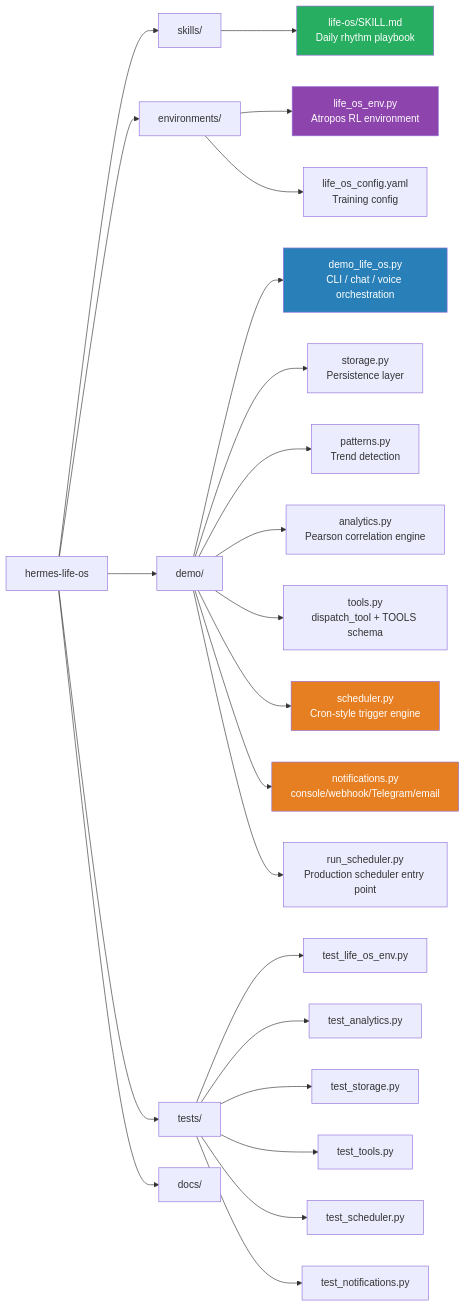
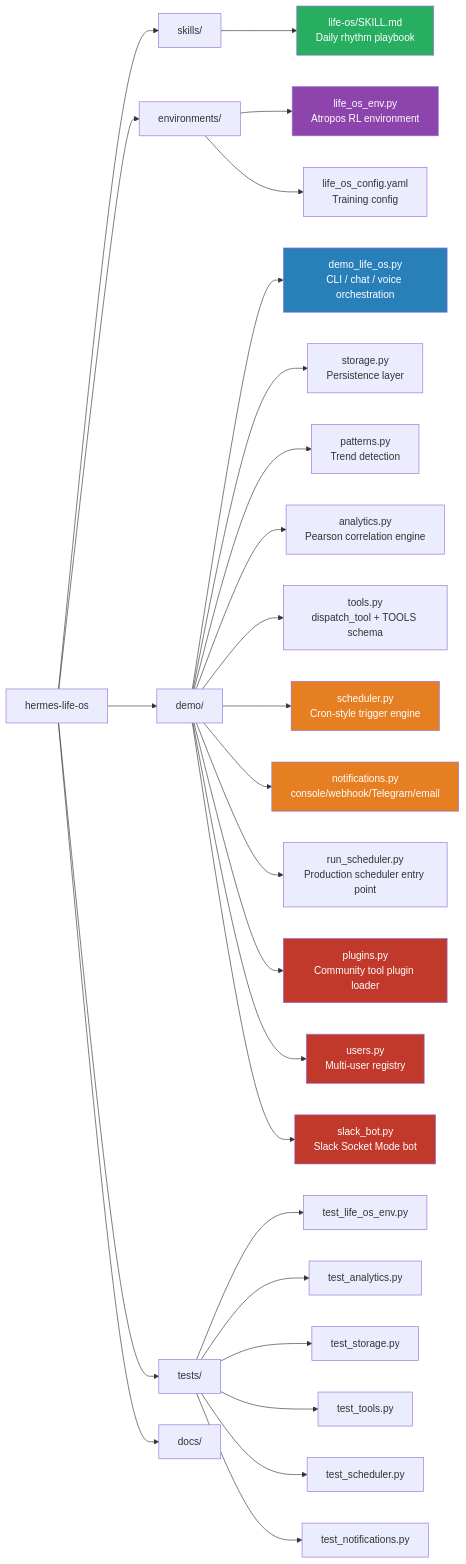
Before and after one commit to Lethe044/hermes-life-os: the third of 3 diagrams in README.md, drawn with Mermaid. The commit also changed other lines of this file and 15 other files, not shown here.

Commit message:
Add plugin system, multi-user accounts, and Slack bot (v1.16.0)

````diff
--- a/README.md
+++ b/README.md
@@ -255,32 +300,38 @@
 ```mermaid
 graph LR
     A[hermes-life-os] --> B[skills/]
     A --> C[environments/]
     A --> D[demo/]
     A --> E[tests/]
     A --> F[docs/]
 
     B --> B1[life-os/SKILL.md<br/>Daily rhythm playbook]
     C --> C1[life_os_env.py<br/>Atropos RL environment]
     C --> C2[life_os_config.yaml<br/>Training config]
     D --> D1[demo_life_os.py<br/>CLI / chat / voice orchestration]
     D --> D2[storage.py<br/>Persistence layer]
     D --> D3[patterns.py<br/>Trend detection]
     D --> D4[analytics.py<br/>Pearson correlation engine]
     D --> D5[tools.py<br/>dispatch_tool + TOOLS schema]
     D --> D6[scheduler.py<br/>Cron-style trigger engine]
     D --> D7[notifications.py<br/>console/webhook/Telegram/email]
     D --> D8[run_scheduler.py<br/>Production scheduler entry point]
+    D --> D9[plugins.py<br/>Community tool plugin loader]
+    D --> D10[users.py<br/>Multi-user registry]
+    D --> D11[slack_bot.py<br/>Slack Socket Mode bot]
     E --> E1[test_life_os_env.py]
     E --> E2[test_analytics.py]
     E --> E3[test_storage.py]
     E --> E4[test_tools.py]
     E --> E5[test_scheduler.py]
     E --> E6[test_notifications.py]
 
     style B1 fill:#27ae60,color:#fff
     style C1 fill:#8e44ad,color:#fff
     style D1 fill:#2980b9,color:#fff
     style D6 fill:#e67e22,color:#fff
     style D7 fill:#e67e22,color:#fff
+    style D9 fill:#c0392b,color:#fff
+    style D10 fill:#c0392b,color:#fff
+    style D11 fill:#c0392b,color:#fff
 ```
````
